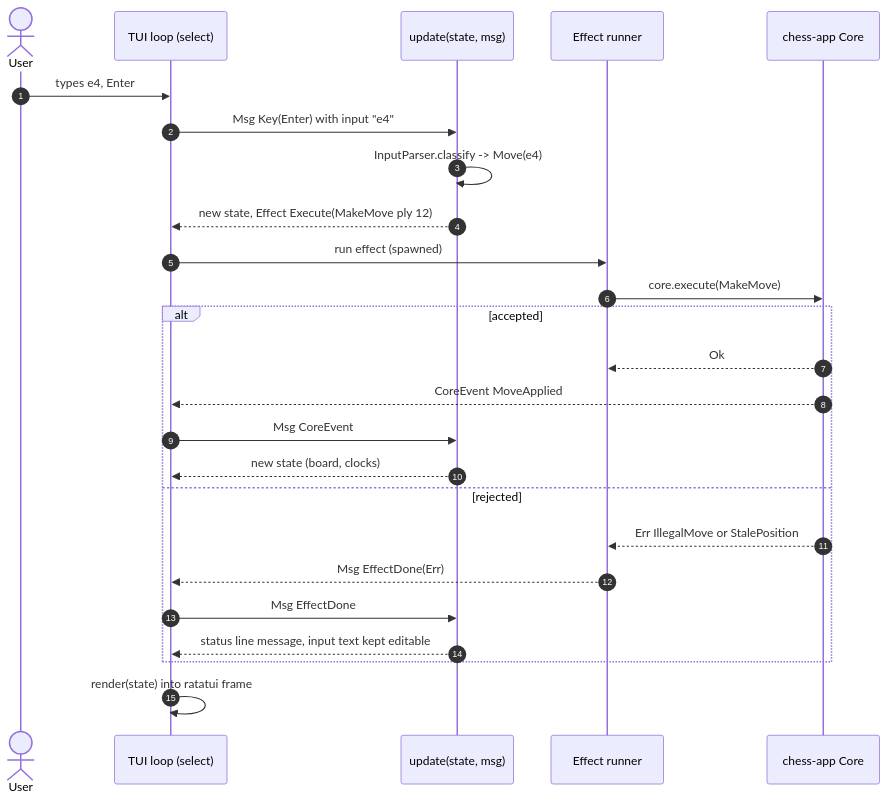
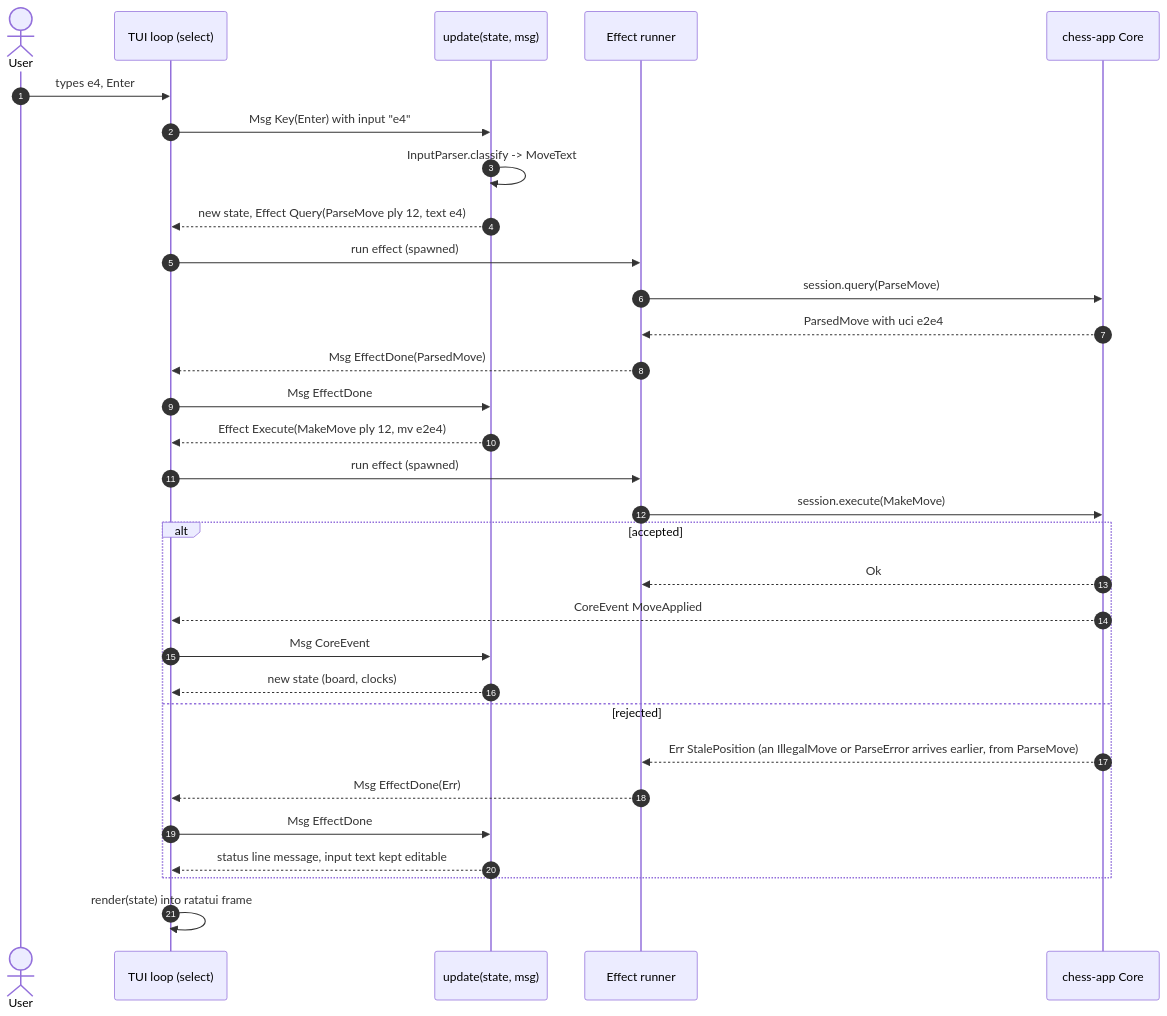
Before and after one commit to bprascher/chess: the fourth of 7 diagrams in docs/design/SDD-chess-cli.md, drawn with Mermaid. The commit also changed other lines of this file and 17 other files, not shown here.

First line of the commit message:
Apply architecture addendum B and C to the SDDs and add the v0.4 consistency pass

````diff
--- a/docs/design/SDD-chess-cli.md
+++ b/docs/design/SDD-chess-cli.md
@@ -232,27 +240,33 @@
 ```mermaid
 sequenceDiagram
     autonumber
     actor U as User
     participant L as TUI loop (select)
     participant A as update(state, msg)
     participant E as Effect runner
     participant K as chess-app Core
     U->>L: types e4, Enter
     L->>A: Msg Key(Enter) with input "e4"
-    A->>A: InputParser.classify -> Move(e4)
-    A-->>L: new state, Effect Execute(MakeMove ply 12)
+    A->>A: InputParser.classify -> MoveText
+    A-->>L: new state, Effect Query(ParseMove ply 12, text e4)
     L->>E: run effect (spawned)
-    E->>K: core.execute(MakeMove)
+    E->>K: session.query(ParseMove)
+    K-->>E: ParsedMove with uci e2e4
+    E-->>L: Msg EffectDone(ParsedMove)
+    L->>A: Msg EffectDone
+    A-->>L: Effect Execute(MakeMove ply 12, mv e2e4)
+    L->>E: run effect (spawned)
+    E->>K: session.execute(MakeMove)
     alt accepted
         K-->>E: Ok
         K-->>L: CoreEvent MoveApplied
         L->>A: Msg CoreEvent
         A-->>L: new state (board, clocks)
     else rejected
-        K-->>E: Err IllegalMove or StalePosition
+        K-->>E: Err StalePosition (an IllegalMove or ParseError arrives earlier, from ParseMove)
         E-->>L: Msg EffectDone(Err)
         L->>A: Msg EffectDone
         A-->>L: status line message, input text kept editable
     end
     L->>L: render(state) into ratatui frame
 ```
````
